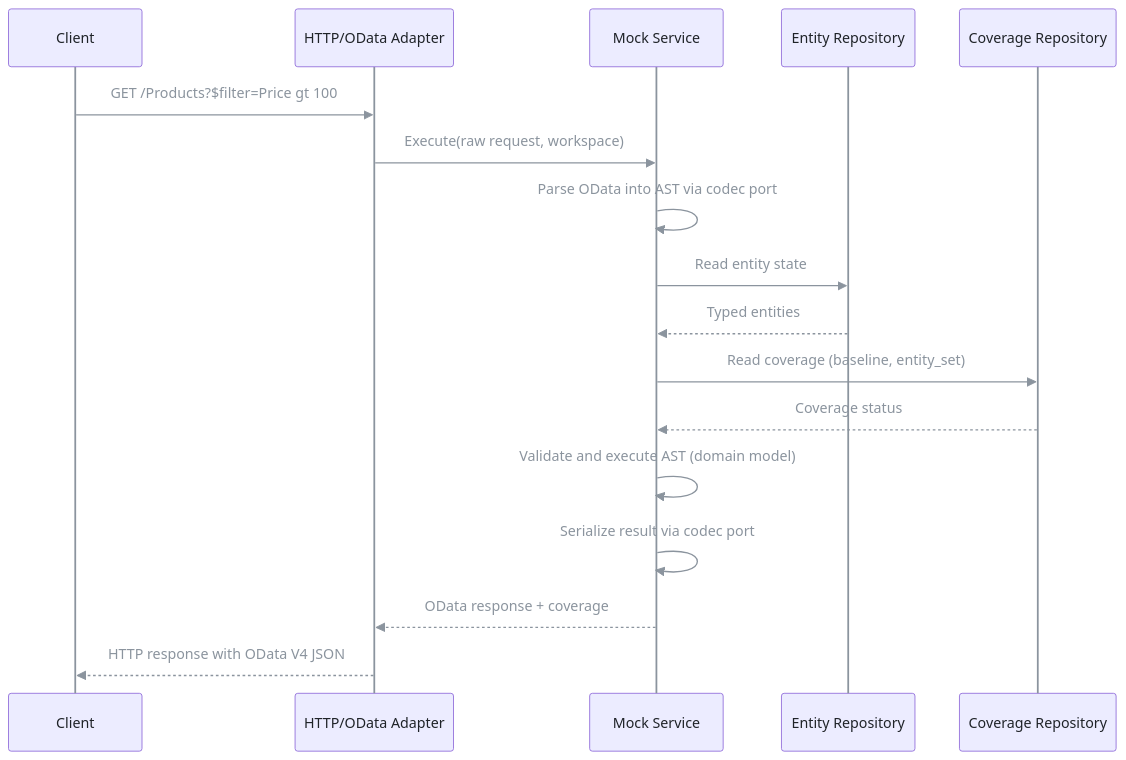
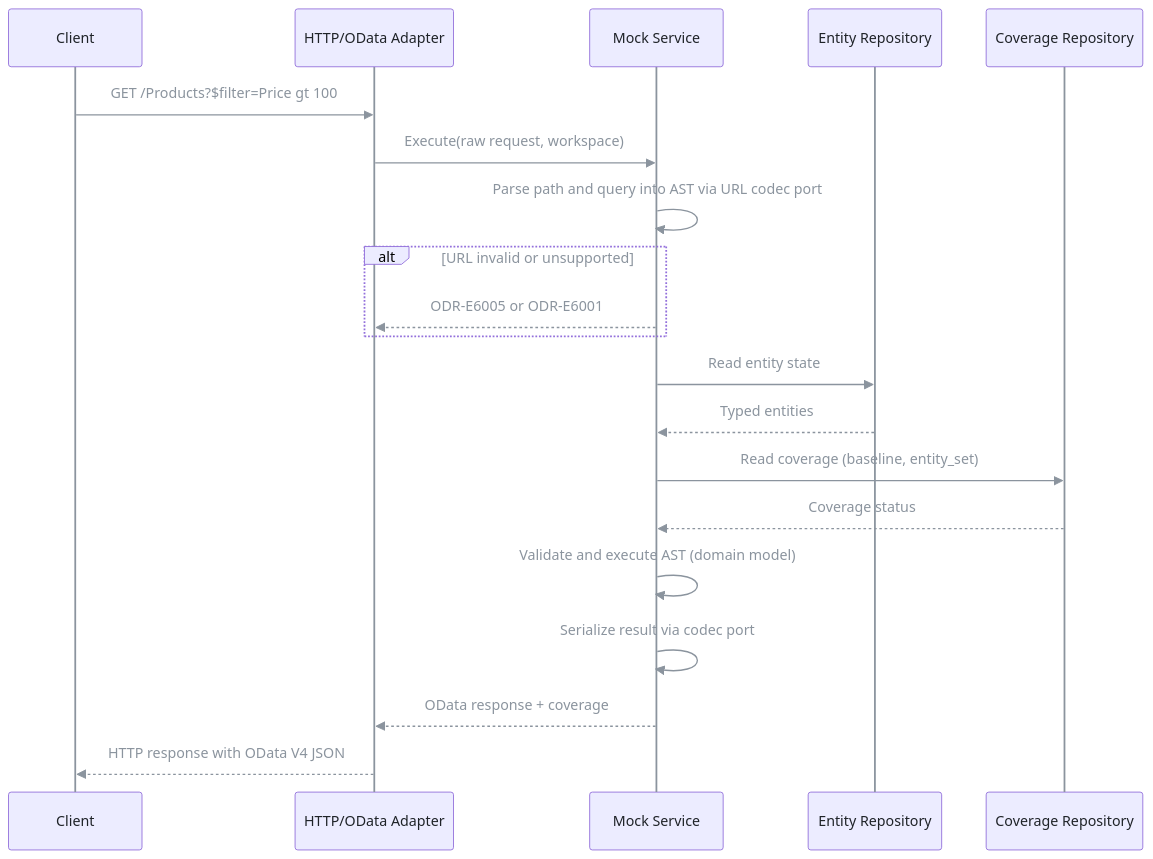
One commit to pt9912/odata-recorder changed the fifth of 11 diagrams in spec/architecture.md. Above: the diagram before and after it, drawn with Mermaid. The commit also changed other lines of this file and 2 other files, not shown here.

First line of the commit message:
Architect: Vertrag des Parsers der OData-URL (SPEC-160 bis SPEC-163), Tabelle, Raster, Teil der Marke, neuer Code ODR-E6005 (LH-FA-08, LH-FA-07, LH-FA-12, LH-RB-01)

````diff
--- a/spec/architecture.md
+++ b/spec/architecture.md
@@ -378,20 +379,23 @@
 ```mermaid
 %%{init: {'themeVariables': {'lineColor': '#8b949e', 'signalColor': '#8b949e', 'signalTextColor': '#8b949e', 'actorLineColor': '#8b949e', 'loopTextColor': '#8b949e', 'textColor': '#c9d1d9', 'primaryTextColor': '#1f2328', 'nodeTextColor': '#1f2328', 'actorTextColor': '#1f2328', 'noteTextColor': '#1f2328', 'edgeLabelBackground': '#30363d'}}}%%
 sequenceDiagram
     participant C as Client
     participant H as HTTP/OData Adapter
     participant M as Mock Service
     participant E as Entity Repository
     participant V as Coverage Repository
     C->>H: GET /Products?$filter=Price gt 100
     H->>M: Execute(raw request, workspace)
-    M->>M: Parse OData into AST via codec port
+    M->>M: Parse path and query into AST via URL codec port
+    alt URL invalid or unsupported
+        M-->>H: ODR-E6005 or ODR-E6001
+    end
     M->>E: Read entity state
     E-->>M: Typed entities
     M->>V: Read coverage (baseline, entity_set)
     V-->>M: Coverage status
     M->>M: Validate and execute AST (domain model)
     M->>M: Serialize result via codec port
     M-->>H: OData response + coverage
     H-->>C: HTTP response with OData V4 JSON
 ```
````
